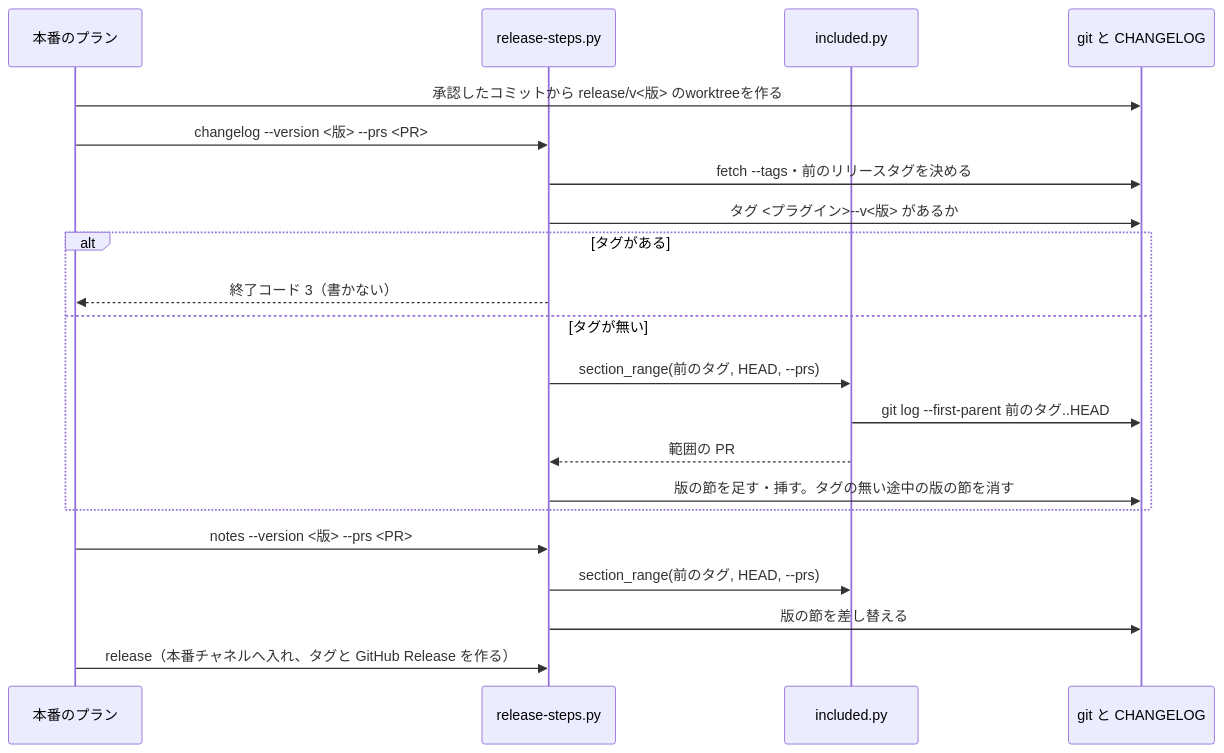
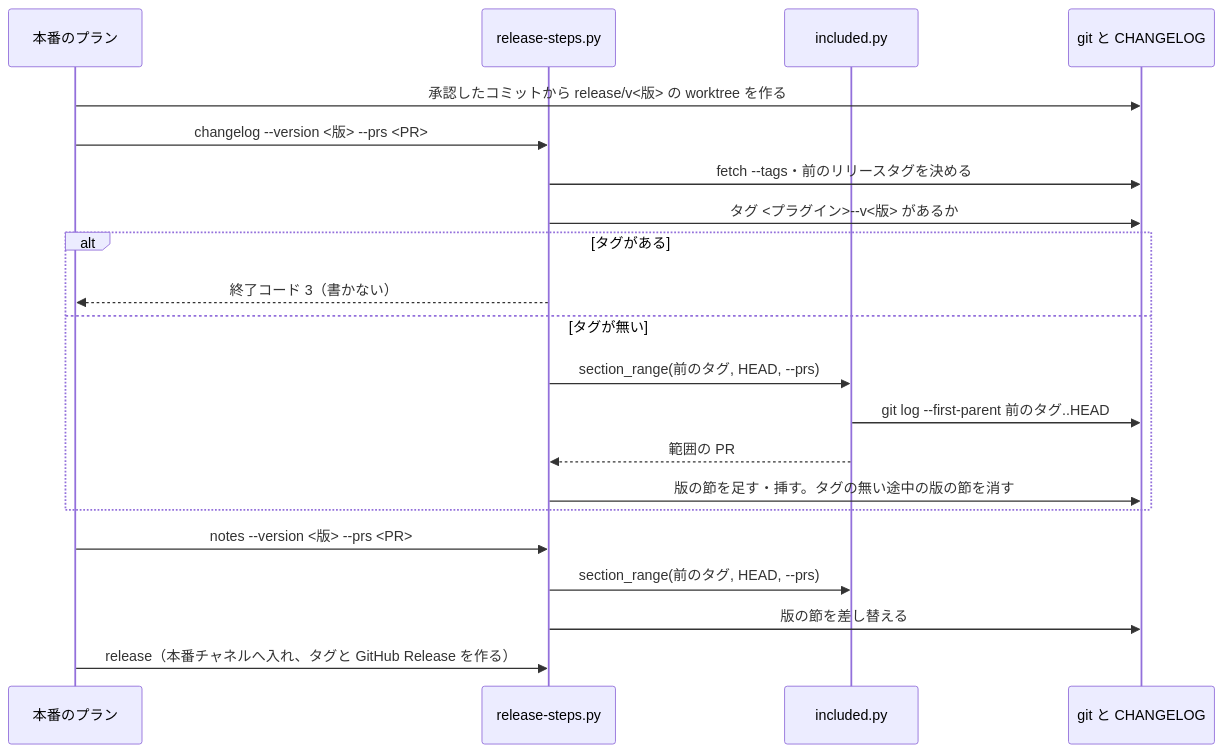
Before and after one commit to devbasex/ai-plugins: the second of 2 diagrams in issues/issue-2555-design.md, drawn with Mermaid. The commit also changed other lines of this file, not shown here.

````diff
--- a/issues/issue-2555-design.md
+++ b/issues/issue-2555-design.md
@@ -192,23 +192,23 @@
 ```mermaid
 sequenceDiagram
     participant P as 本番のプラン
     participant R as release-steps.py
     participant I as included.py
     participant G as git と CHANGELOG
-    P->>G: 承認したコミットから release/v<版> のworktreeを作る
+    P->>G: 承認したコミットから release/v<版> の worktree を作る
     P->>R: changelog --version <版> --prs <PR>
     R->>G: fetch --tags・前のリリースタグを決める
     R->>G: タグ <プラグイン>--v<版> があるか
     alt タグがある
         R-->>P: 終了コード 3（書かない）
     else タグが無い
         R->>I: section_range(前のタグ, HEAD, --prs)
         I->>G: git log --first-parent 前のタグ..HEAD
         I-->>R: 範囲の PR
         R->>G: 版の節を足す・挿す。タグの無い途中の版の節を消す
     end
     P->>R: notes --version <版> --prs <PR>
     R->>I: section_range(前のタグ, HEAD, --prs)
     R->>G: 版の節を差し替える
     P->>R: release（本番チャネルへ入れ、タグと GitHub Release を作る）
 ```
````
